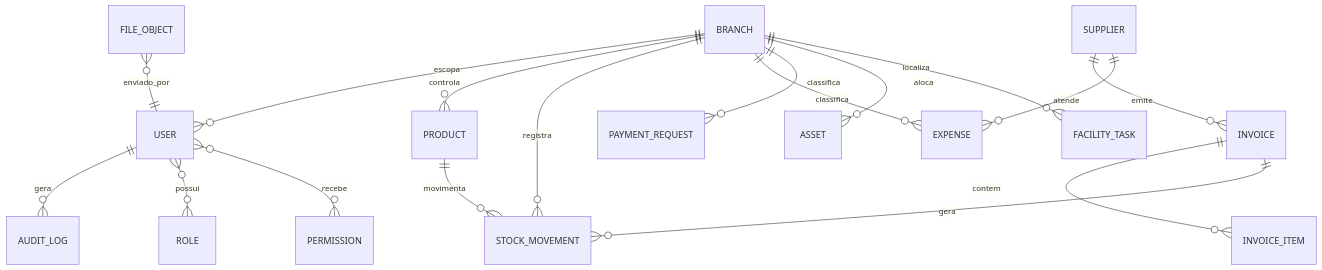
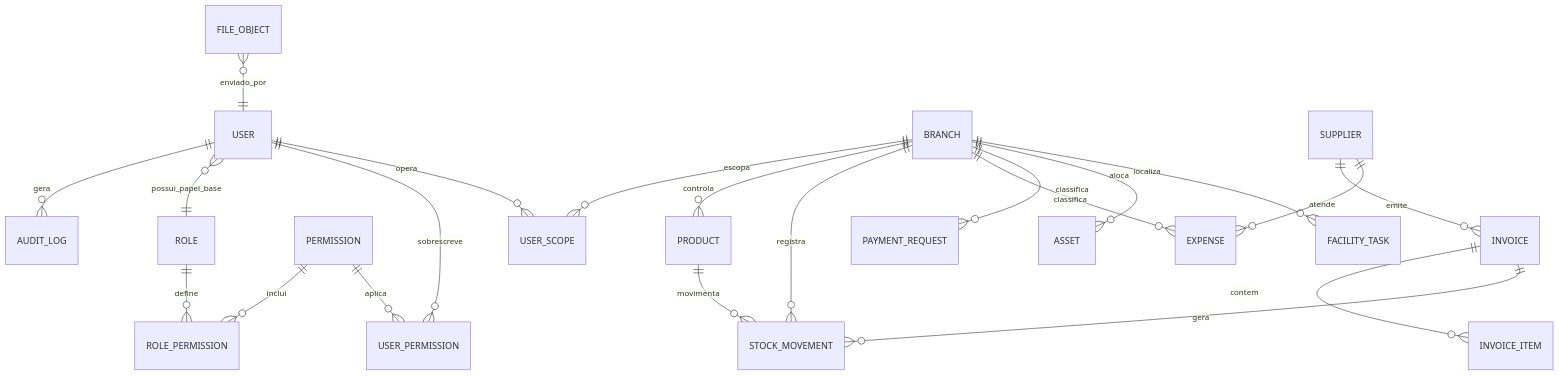
Before and after one commit to administrativo3ariva/system3ariva: the second of 2 diagrams in system_refactor/outputs/3-design-tecnico-piloto-3a-riva.md, drawn with Mermaid. The commit also changed other lines of this file and 4 other files, not shown here.

````diff
--- a/system_refactor/outputs/3-design-tecnico-piloto-3a-riva.md
+++ b/system_refactor/outputs/3-design-tecnico-piloto-3a-riva.md
@@ -108,19 +111,23 @@
 ```mermaid
 erDiagram
     USER ||--o{ AUDIT_LOG : "gera"
-    USER }o--o{ ROLE : "possui"
-    USER }o--o{ PERMISSION : "recebe"
-    BRANCH ||--o{ USER : "escopa"
+    USER }o--|| ROLE : "possui_papel_base"
+    ROLE ||--o{ ROLE_PERMISSION : "define"
+    PERMISSION ||--o{ ROLE_PERMISSION : "inclui"
+    USER ||--o{ USER_PERMISSION : "sobrescreve"
+    PERMISSION ||--o{ USER_PERMISSION : "aplica"
+    USER ||--o{ USER_SCOPE : "opera"
+    BRANCH ||--o{ USER_SCOPE : "escopa"
     BRANCH ||--o{ PRODUCT : "controla"
     BRANCH ||--o{ STOCK_MOVEMENT : "registra"
     BRANCH ||--o{ EXPENSE : "classifica"
     BRANCH ||--o{ PAYMENT_REQUEST : "classifica"
     BRANCH ||--o{ ASSET : "aloca"
     BRANCH ||--o{ FACILITY_TASK : "localiza"
     SUPPLIER ||--o{ INVOICE : "emite"
     SUPPLIER ||--o{ EXPENSE : "atende"
     INVOICE ||--o{ INVOICE_ITEM : "contem"
     INVOICE ||--o{ STOCK_MOVEMENT : "gera"
     PRODUCT ||--o{ STOCK_MOVEMENT : "movimenta"
     FILE_OBJECT }o--|| USER : "enviado_por"
 ```
````
